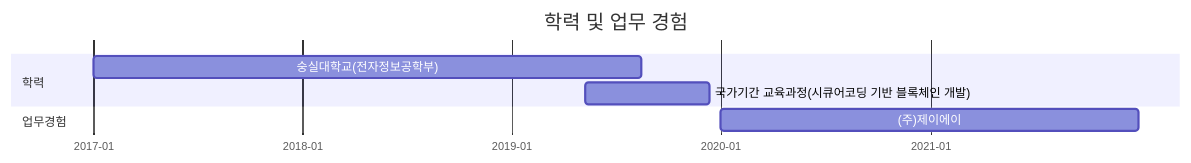
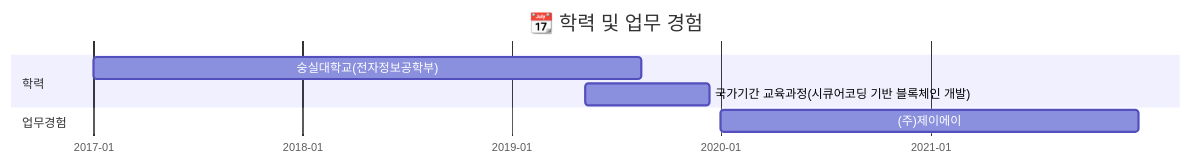
Before and after one commit to momo1108/momo1108: the first of 2 diagrams in README.md, drawn with Mermaid. The commit also changed other lines of this file, not shown here.

````diff
--- a/README.md
+++ b/README.md
@@ -11,11 +11,11 @@
 ```mermaid
 gantt
-    title 학력 및 업무 경험
+    title 📆 학력 및 업무 경험
     dateFormat YYYY-MM-DD
     axisFormat %Y-%m
     section 학력
         숭실대학교(전자정보공학부)       : 2017-01-01, 2019-08-16
         국가기간 교육과정(시큐어코딩 기반 블록체인 개발)  : 2019-05-10, 2019-12-13
     section 업무경험
         (주)제이에이  : 2020-01-01, 2021-12-31
 ```
````
